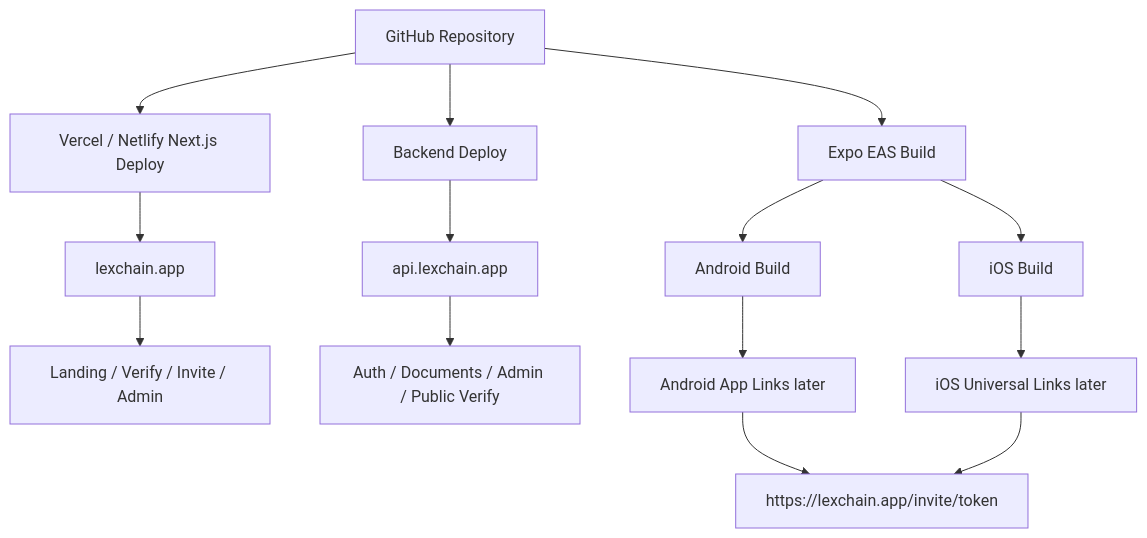
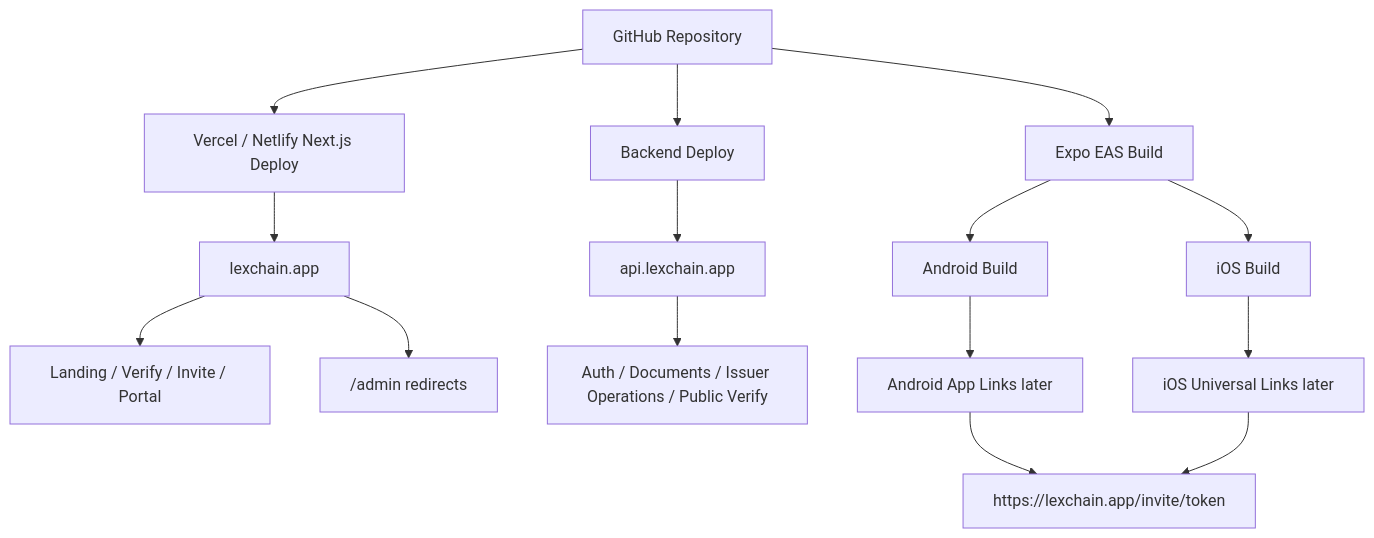
Diagram 16 of 18 in docs/LEXCHAIN-WORKFLOW-FLOWCHARTS.md (agustinelumandong/LexChain), drawn with Mermaid before and after one commit. The commit also changed other lines of this file and 6 other files, not shown here.

````diff
--- a/docs/LEXCHAIN-WORKFLOW-FLOWCHARTS.md
+++ b/docs/LEXCHAIN-WORKFLOW-FLOWCHARTS.md
@@ -417,20 +366,21 @@
 ```mermaid
 flowchart TD
   Repo[GitHub Repository] --> MobileDeploy[Expo EAS Build]
   Repo --> WebDeploy["Vercel / Netlify Next.js Deploy"]
   Repo --> BackendDeploy[Backend Deploy]
 
   MobileDeploy --> Android[Android Build]
   MobileDeploy --> IOS[iOS Build]
 
   WebDeploy --> Domain[lexchain.app]
   BackendDeploy --> ApiDomain[api.lexchain.app]
 
-  Domain --> WebRoutes["Landing / Verify / Invite / Admin"]
-  ApiDomain --> BackendRoutes["Auth / Documents / Admin / Public Verify"]
+  Domain --> WebRoutes["Landing / Verify / Invite / Portal"]
+  Domain --> LegacyAdmin["/admin redirects"]
+  ApiDomain --> BackendRoutes["Auth / Documents / Issuer Operations / Public Verify"]
 
   Android --> AppLinks[Android App Links later]
   IOS --> UniversalLinks[iOS Universal Links later]
   AppLinks --> InviteLinks[https://lexchain.app/invite/token]
   UniversalLinks --> InviteLinks
 ```
````
